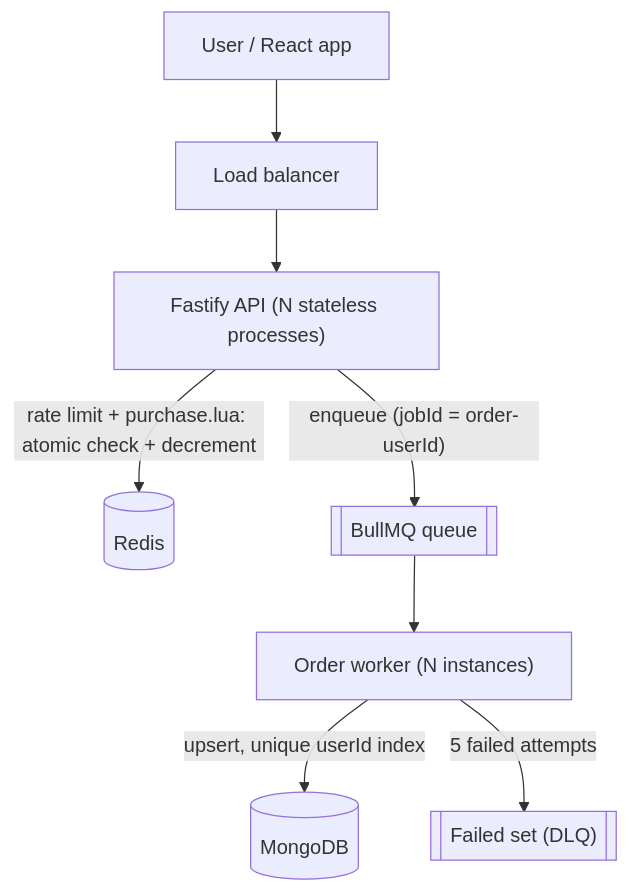
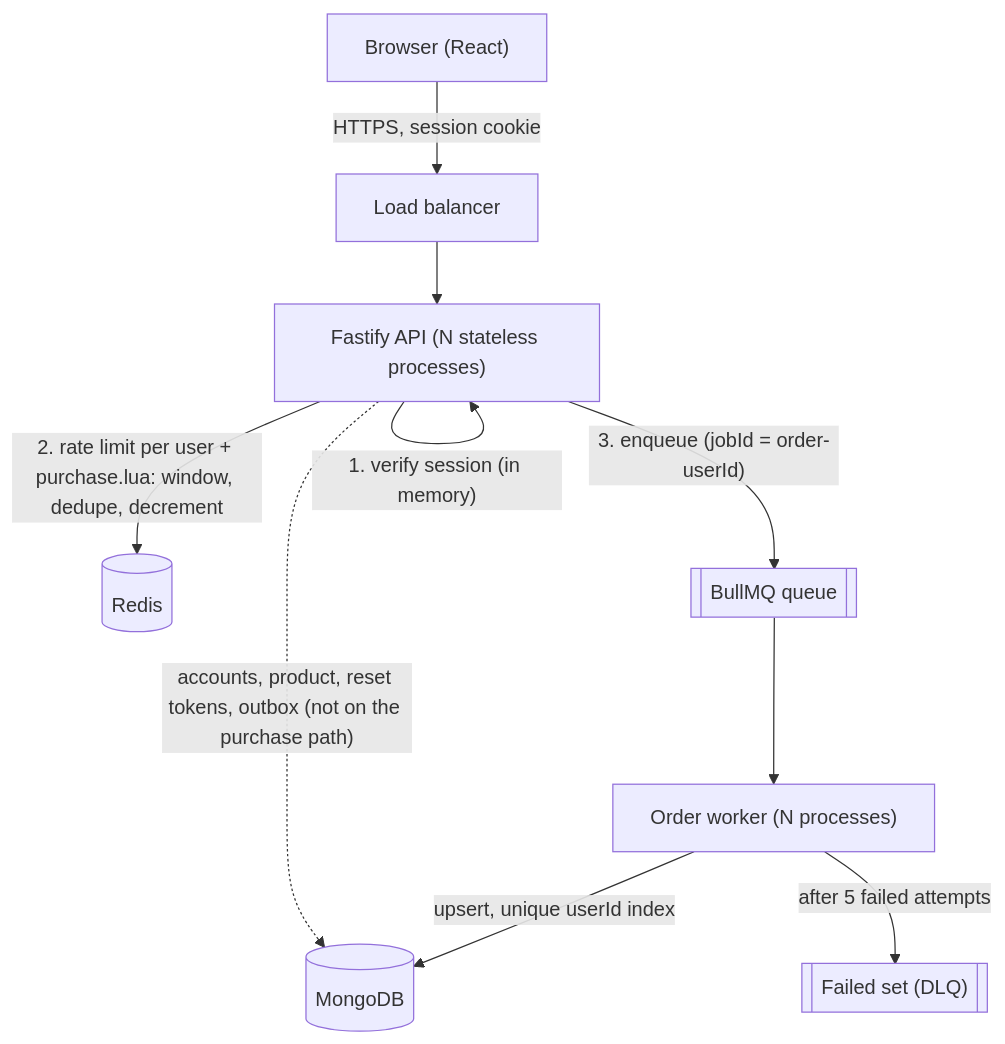
The diagram in README.md (YourWisemaker/flashsale), drawn with Mermaid before and after one commit. The commit also changed other lines of this file and 122 other files, not shown here.

````diff
--- a/README.md
+++ b/README.md
@@ -15,10 +36,12 @@
 ```mermaid
 flowchart TD
-    U["User / React app"] --> LB["Load balancer"]
+    U["Browser (React)"] -->|"HTTPS, session cookie"| LB["Load balancer"]
     LB --> API["Fastify API (N stateless processes)"]
-    API -->|"rate limit + purchase.lua: atomic check + decrement"| R[("Redis")]
-    API -->|"enqueue (jobId = order-userId)"| Q[["BullMQ queue"]]
-    Q --> W["Order worker (N instances)"]
+    API -->|"1. verify session (in memory)"| API
+    API -->|"2. rate limit per user + purchase.lua: window, dedupe, decrement"| R[("Redis")]
+    API -->|"3. enqueue (jobId = order-userId)"| Q[["BullMQ queue"]]
+    Q --> W["Order worker (N processes)"]
     W -->|"upsert, unique userId index"| M[("MongoDB")]
-    W -->|"5 failed attempts"| DLQ[["Failed set (DLQ)"]]
+    W -->|"after 5 failed attempts"| DLQ[["Failed set (DLQ)"]]
+    API -.->|"accounts, product, reset tokens, outbox (not on the purchase path)"| M
 ```
````
